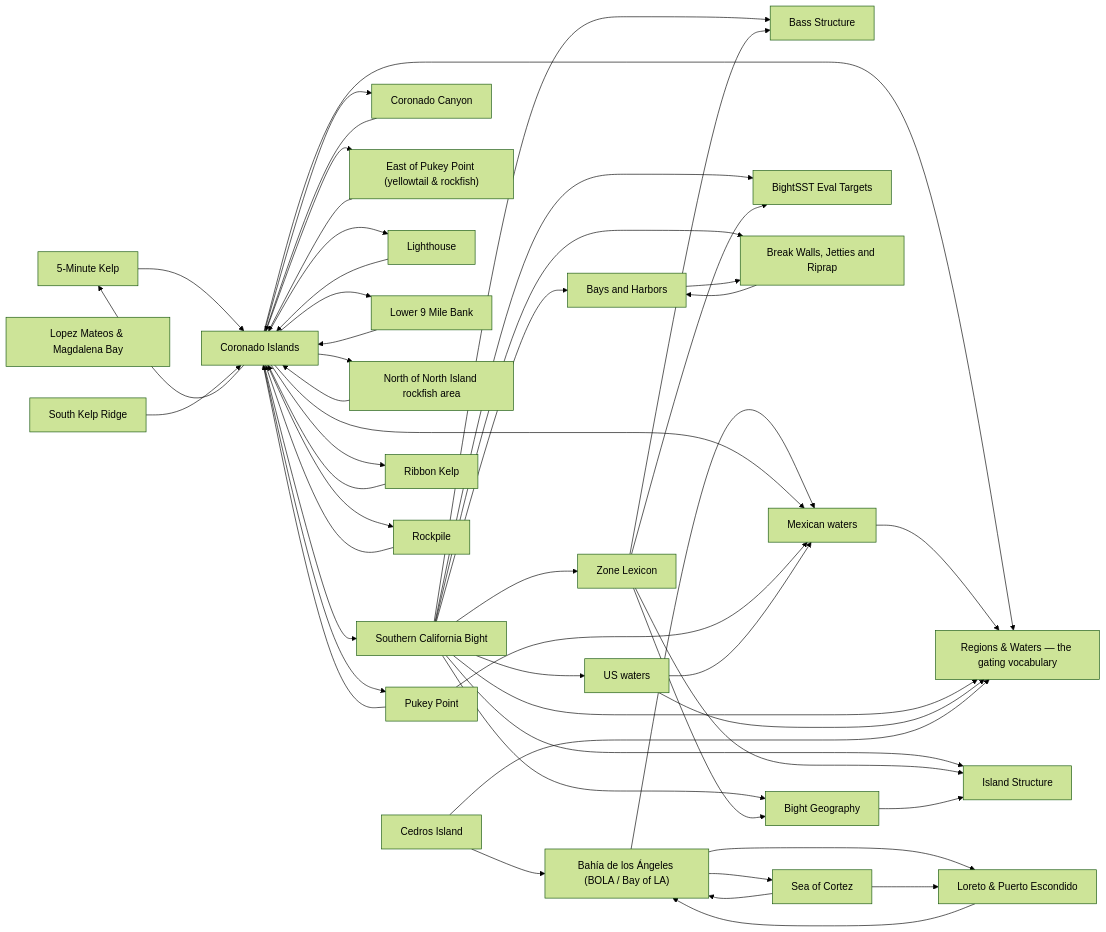
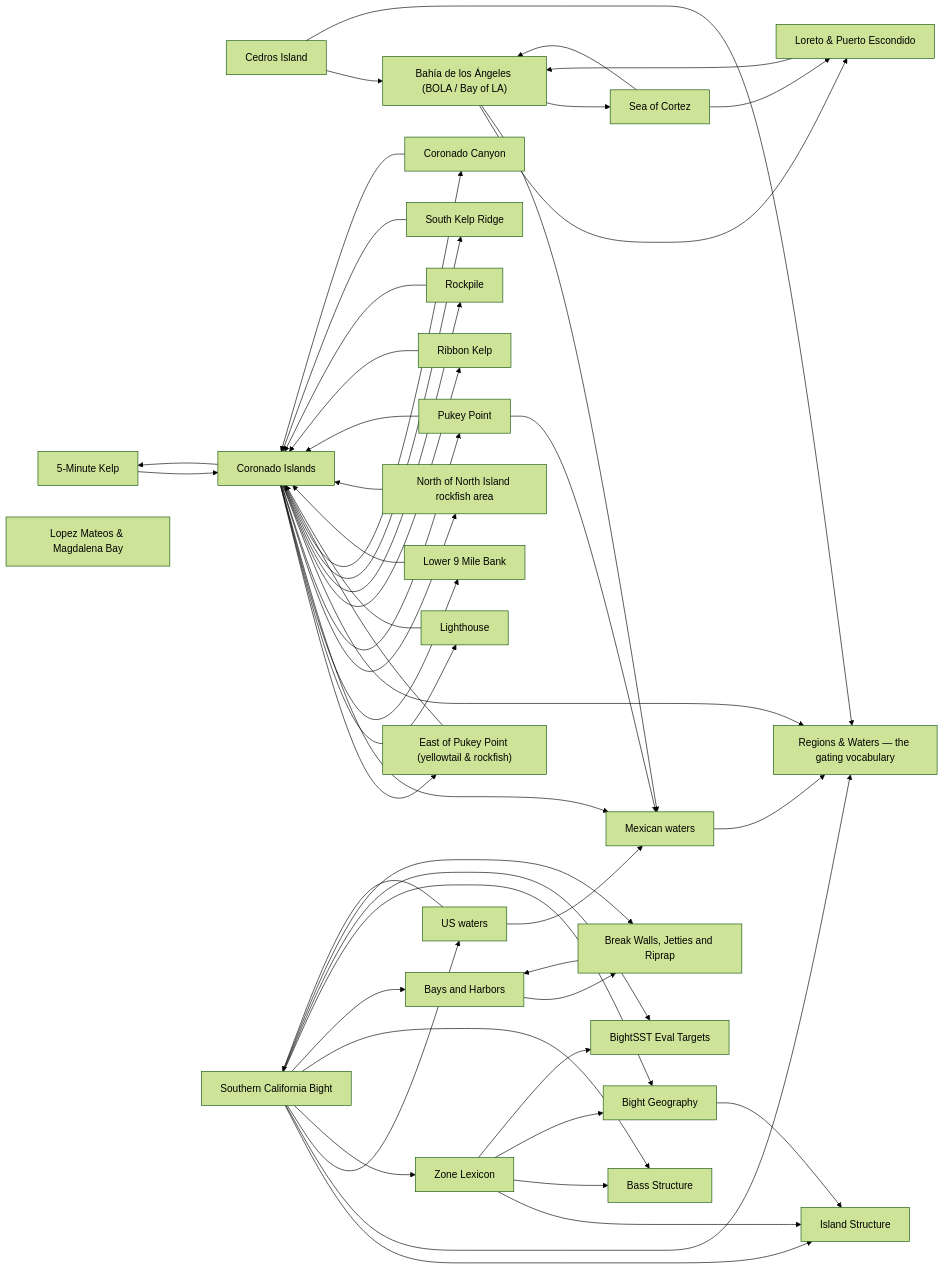
Before and after one commit to camchuckpete-max/Socal-Fishing-Knowledge: the diagram in locations/README.md, drawn with Mermaid (forest theme). The commit also changed 12 other files, not shown here.

````diff
--- a/locations/README.md
+++ b/locations/README.md
@@ -43,80 +43,80 @@
 ```mermaid
 graph LR
   n0["5-Minute Kelp"]
   n1["Bahía de los Ángeles (BOLA / Bay of LA)"]
   n2["Lopez Mateos & Magdalena Bay"]
   n3["Bass Structure"]
   n4["Bays and Harbors"]
   n5["Bight Geography"]
   n6["BightSST Eval Targets"]
   n7["Break Walls, Jetties and Riprap"]
   n8["Cedros Island"]
   n9["Coronado Canyon"]
   n10["Coronado Islands"]
   n11["East of Pukey Point (yellowtail & rockfish)"]
   n12["Island Structure"]
   n13["Lighthouse"]
   n14["Loreto & Puerto Escondido"]
   n15["Lower 9 Mile Bank"]
   n16["Mexican waters"]
   n17["North of North Island rockfish area"]
   n18["Pukey Point"]
   n19["Regions & Waters — the gating vocabulary"]
   n20["Ribbon Kelp"]
   n21["Rockpile"]
   n22["Sea of Cortez"]
   n23["Southern California Bight"]
   n24["South Kelp Ridge"]
   n25["US waters"]
   n26["Zone Lexicon"]
   n0 --> n10
   n1 --> n14
   n1 --> n16
   n1 --> n22
   n10 --> n0
   n10 --> n11
   n10 --> n13
   n10 --> n15
   n10 --> n16
   n10 --> n17
   n10 --> n18
   n10 --> n19
   n10 --> n20
   n10 --> n21
-  n10 --> n23
+  n10 --> n24
   n10 --> n9
   n11 --> n10
   n13 --> n10
   n14 --> n1
   n15 --> n10
   n16 --> n19
   n17 --> n10
   n18 --> n10
   n18 --> n16
   n20 --> n10
   n21 --> n10
   n22 --> n1
   n22 --> n14
   n23 --> n12
   n23 --> n19
   n23 --> n25
   n23 --> n26
   n23 --> n3
   n23 --> n4
   n23 --> n5
   n23 --> n6
   n23 --> n7
   n24 --> n10
   n25 --> n16
-  n25 --> n19
+  n25 --> n23
   n26 --> n12
   n26 --> n3
   n26 --> n5
   n26 --> n6
   n4 --> n7
   n5 --> n12
   n7 --> n4
   n8 --> n1
   n8 --> n19
   n9 --> n10
 ```
````
